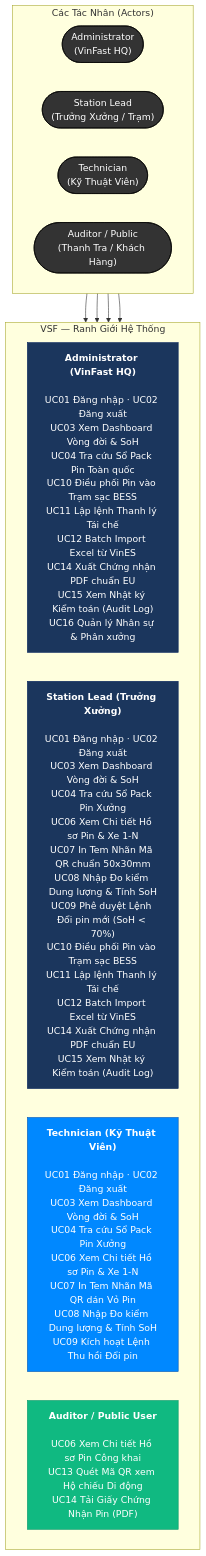
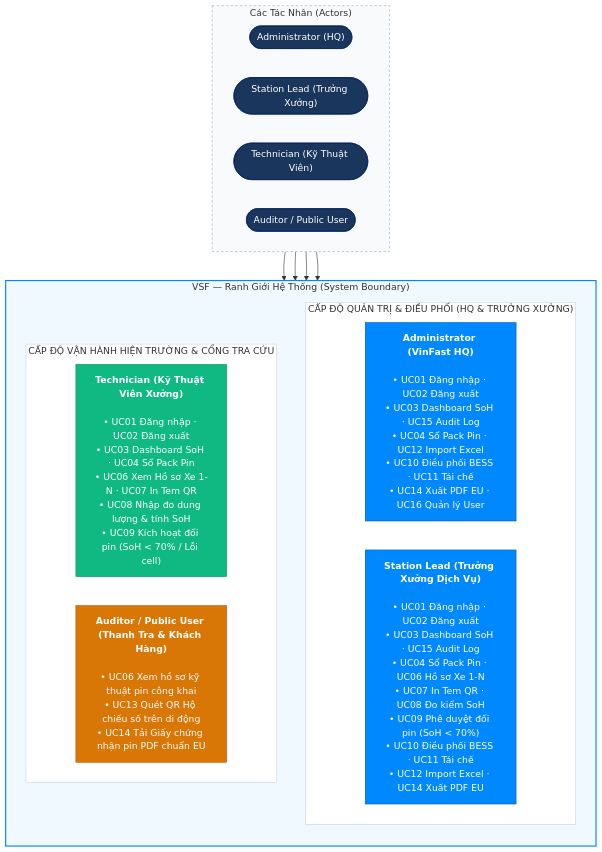
Before and after one commit to nhatgudboi/VinFast-Battery-Passport-Second-Life-Platform: the first of 6 diagrams in README.md, drawn with Mermaid. The commit also changed 1 other file, not shown here.

Commit message:
fix(docs): optimize Use Case diagram into a responsive 2x2 grid layout preventing text clipping

````diff
--- a/README.md
+++ b/README.md
@@ -59,35 +59,42 @@
 ```mermaid
 flowchart TB
     subgraph roles["Các Tác Nhân (Actors)"]
         direction LR
-        admin(["Administrator<br/>(VinFast HQ)"])
-        lead(["Station Lead<br/>(Trưởng Xưởng / Trạm)"])
-        tech(["Technician<br/>(Kỹ Thuật Viên)"])
-        viewer(["Auditor / Public<br/>(Thanh Tra / Khách Hàng)"])
+        admin(["Administrator (HQ)"])
+        lead(["Station Lead (Trưởng Xưởng)"])
+        tech(["Technician (Kỹ Thuật Viên)"])
+        viewer(["Auditor / Public User"])
     end
 
-    subgraph system["VSF — Ranh Giới Hệ Thống"]
-        direction LR
-        adminCases["<b>Administrator (VinFast HQ)</b><br/><br/>UC01 Đăng nhập · UC02 Đăng xuất<br/>UC03 Xem Dashboard Vòng đời & SoH<br/>UC04 Tra cứu Sổ Pack Pin Toàn quốc<br/>UC10 Điều phối Pin vào Trạm sạc BESS<br/>UC11 Lập lệnh Thanh lý Tái chế<br/>UC12 Batch Import Excel từ VinES<br/>UC14 Xuất Chứng nhận PDF chuẩn EU<br/>UC15 Xem Nhật ký Kiểm toán (Audit Log)<br/>UC16 Quản lý Nhân sự & Phân xưởng"]
-        
-        leadCases["<b>Station Lead (Trưởng Xưởng)</b><br/><br/>UC01 Đăng nhập · UC02 Đăng xuất<br/>UC03 Xem Dashboard Vòng đời & SoH<br/>UC04 Tra cứu Sổ Pack Pin Xưởng<br/>UC06 Xem Chi tiết Hồ sơ Pin & Xe 1-N<br/>UC07 In Tem Nhãn Mã QR chuẩn 50x30mm<br/>UC08 Nhập Đo kiểm Dung lượng & Tính SoH<br/>UC09 Phê duyệt Lệnh Đổi pin mới (SoH < 70%)<br/>UC10 Điều phối Pin vào Trạm sạc BESS<br/>UC11 Lập lệnh Thanh lý Tái chế<br/>UC12 Batch Import Excel từ VinES<br/>UC14 Xuất Chứng nhận PDF chuẩn EU<br/>UC15 Xem Nhật ký Kiểm toán (Audit Log)"]
-        
-        techCases["<b>Technician (Kỹ Thuật Viên)</b><br/><br/>UC01 Đăng nhập · UC02 Đăng xuất<br/>UC03 Xem Dashboard Vòng đời & SoH<br/>UC04 Tra cứu Sổ Pack Pin Xưởng<br/>UC06 Xem Chi tiết Hồ sơ Pin & Xe 1-N<br/>UC07 In Tem Nhãn Mã QR dán Vỏ Pin<br/>UC08 Nhập Đo kiểm Dung lượng & Tính SoH<br/>UC09 Kích hoạt Lệnh Thu hồi Đổi pin"]
-        
-        viewerCases["<b>Auditor / Public User</b><br/><br/>UC06 Xem Chi tiết Hồ sơ Pin Công khai<br/>UC13 Quét Mã QR xem Hộ chiếu Di động<br/>UC14 Tải Giấy Chứng Nhận Pin (PDF)"]
+    subgraph system["VSF — Ranh Giới Hệ Thống (System Boundary)"]
+        direction TB
+        subgraph mgmt["CẤP ĐỘ QUẢN TRỊ & ĐIỀU PHỐI (HQ & TRƯỞNG XƯỞNG)"]
+            direction LR
+            adminCases["<b>Administrator (VinFast HQ)</b><br/><br/>• UC01 Đăng nhập · UC02 Đăng xuất<br/>• UC03 Dashboard SoH · UC15 Audit Log<br/>• UC04 Sổ Pack Pin · UC12 Import Excel<br/>• UC10 Điều phối BESS · UC11 Tái chế<br/>• UC14 Xuất PDF EU · UC16 Quản lý User"]
+            leadCases["<b>Station Lead (Trưởng Xưởng Dịch Vụ)</b><br/><br/>• UC01 Đăng nhập · UC02 Đăng xuất<br/>• UC03 Dashboard SoH · UC15 Audit Log<br/>• UC04 Sổ Pack Pin · UC06 Hồ sơ Xe 1-N<br/>• UC07 In Tem QR · UC08 Đo kiểm SoH<br/>• UC09 Phê duyệt đổi pin (SoH < 70%)<br/>• UC10 Điều phối BESS · UC11 Tái chế<br/>• UC12 Import Excel · UC14 Xuất PDF EU"]
+        end
+        subgraph ops["CẤP ĐỘ VẬN HÀNH HIỆN TRƯỜNG & CỔNG TRA CỨU"]
+            direction LR
+            techCases["<b>Technician (Kỹ Thuật Viên Xưởng)</b><br/><br/>• UC01 Đăng nhập · UC02 Đăng xuất<br/>• UC03 Dashboard SoH · UC04 Sổ Pack Pin<br/>• UC06 Xem Hồ sơ Xe 1-N · UC07 In Tem QR<br/>• UC08 Nhập đo dung lượng & tính SoH<br/>• UC09 Kích hoạt đổi pin (SoH < 70% / Lỗi cell)"]
+            viewerCases["<b>Auditor / Public User (Thanh Tra & Khách Hàng)</b><br/><br/>• UC06 Xem hồ sơ kỹ thuật pin công khai<br/>• UC13 Quét QR Hộ chiếu số trên di động<br/>• UC14 Tải Giấy chứng nhận pin PDF chuẩn EU"]
+        end
     end
 
     admin --> adminCases
     lead --> leadCases
     tech --> techCases
     viewer --> viewerCases
 
-    classDef actor fill:#333,color:#fff,stroke:#000
-    classDef primary fill:#1b365d,color:#fff,stroke:#00205b
-    classDef techStyle fill:#0088ff,color:#fff,stroke:#0055b3
-    classDef auditStyle fill:#10b981,color:#fff,stroke:#059669
+    classDef actor fill:#1b365d,color:#fff,stroke:#00205b
+    classDef primary fill:#0088ff,color:#fff,stroke:#0055b3
+    classDef standard fill:#10b981,color:#fff,stroke:#059669
+    classDef publicStyle fill:#d97706,color:#fff,stroke:#b45309
     class admin,lead,tech,viewer actor
     class adminCases,leadCases primary
-    class techCases techStyle
-    class viewerCases auditStyle
+    class techCases standard
+    class viewerCases publicStyle
+    style roles fill:#f8fafc,stroke:#94a3b8,stroke-dasharray: 4 4
+    style system fill:#f0f9ff,stroke:#0088ff,stroke-width:2px
+    style mgmt fill:#ffffff,stroke:#cbd5e1,stroke-width:1px
+    style ops fill:#ffffff,stroke:#cbd5e1,stroke-width:1px
 ```
````
